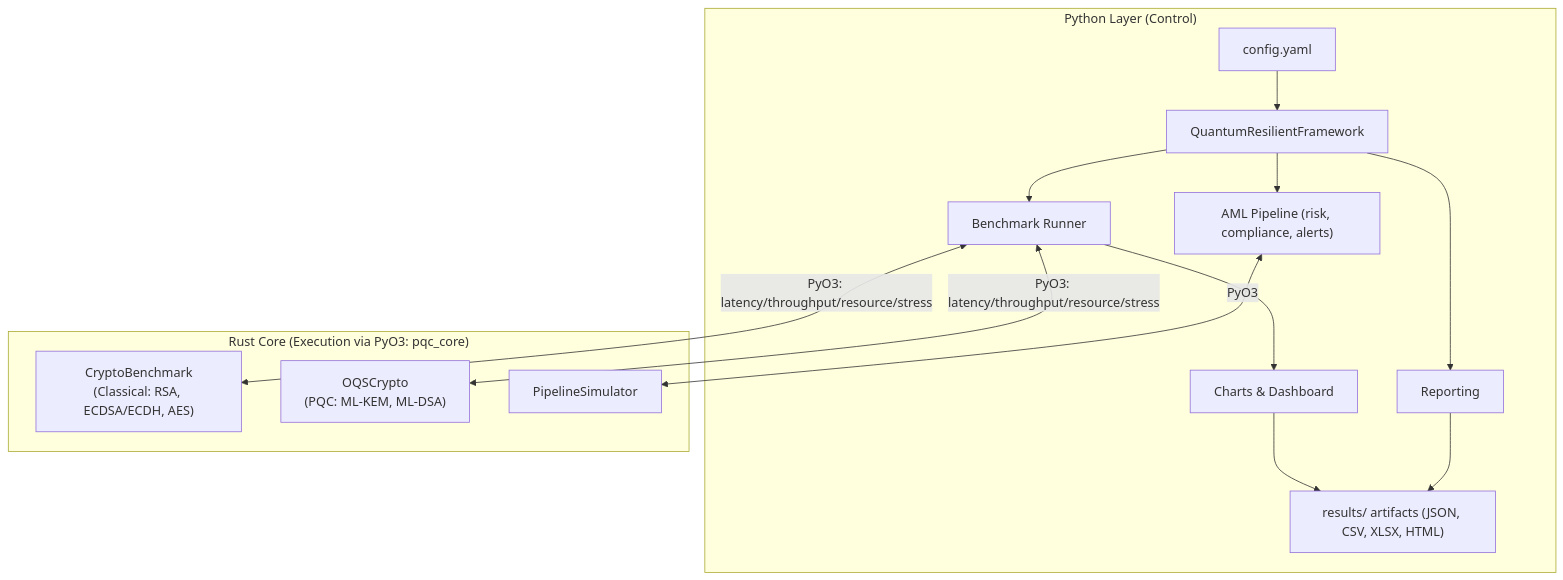
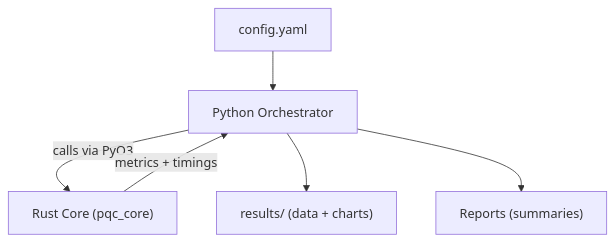
The first of 2 diagrams in docs/PROTOTYPE_IMPLEMENTATION.md (ausmarton/quantum-resilient), drawn with Mermaid before and after one commit. The commit also changed other lines of this file, not shown here.

Commit message:
Improve diagrams

````diff
--- a/docs/PROTOTYPE_IMPLEMENTATION.md
+++ b/docs/PROTOTYPE_IMPLEMENTATION.md
@@ -25,30 +25,9 @@
 ```mermaid
 flowchart TB
-    %% Logical architecture and flows
-    subgraph python["Python Layer (Control)"]
-        cfg["config.yaml"]
-        orch["QuantumResilientFramework"]
-        bench["Benchmark Runner"]
-        aml["AML Pipeline (risk, compliance, alerts)"]
-        report["Reporting"]
-        viz["Charts & Dashboard"]
-        results["results/ artifacts (JSON, CSV, XLSX, HTML)"]
-        cfg --> orch
-        orch --> bench
-        orch --> aml
-        orch --> report
-        bench --> viz
-        viz --> results
-        report --> results
-    end
-
-    subgraph rust["Rust Core (Execution via PyO3: pqc_core)"]
-        classAlgos["CryptoBenchmark\n(Classical: RSA, ECDSA/ECDH, AES)"]
-        pqcAlgos["OQSCrypto\n(PQC: ML-KEM, ML-DSA)"]
-        pipeSim["PipelineSimulator"]
-    end
-
-    bench <--> |"PyO3: latency/throughput/resource/stress"| classAlgos
-    bench <--> |"PyO3: latency/throughput/resource/stress"| pqcAlgos
-    aml <--> |"PyO3"| pipeSim
+    %% Minimal logical view: control and data flow
+    cfg["config.yaml"] --> orch["Python Orchestrator"]
+    orch -- "calls via PyO3" --> core["Rust Core (pqc_core)"]
+    core -- "metrics + timings" --> orch
+    orch --> results["results/ (data + charts)"]
+    orch --> reports["Reports (summaries)"]
 ```
````
